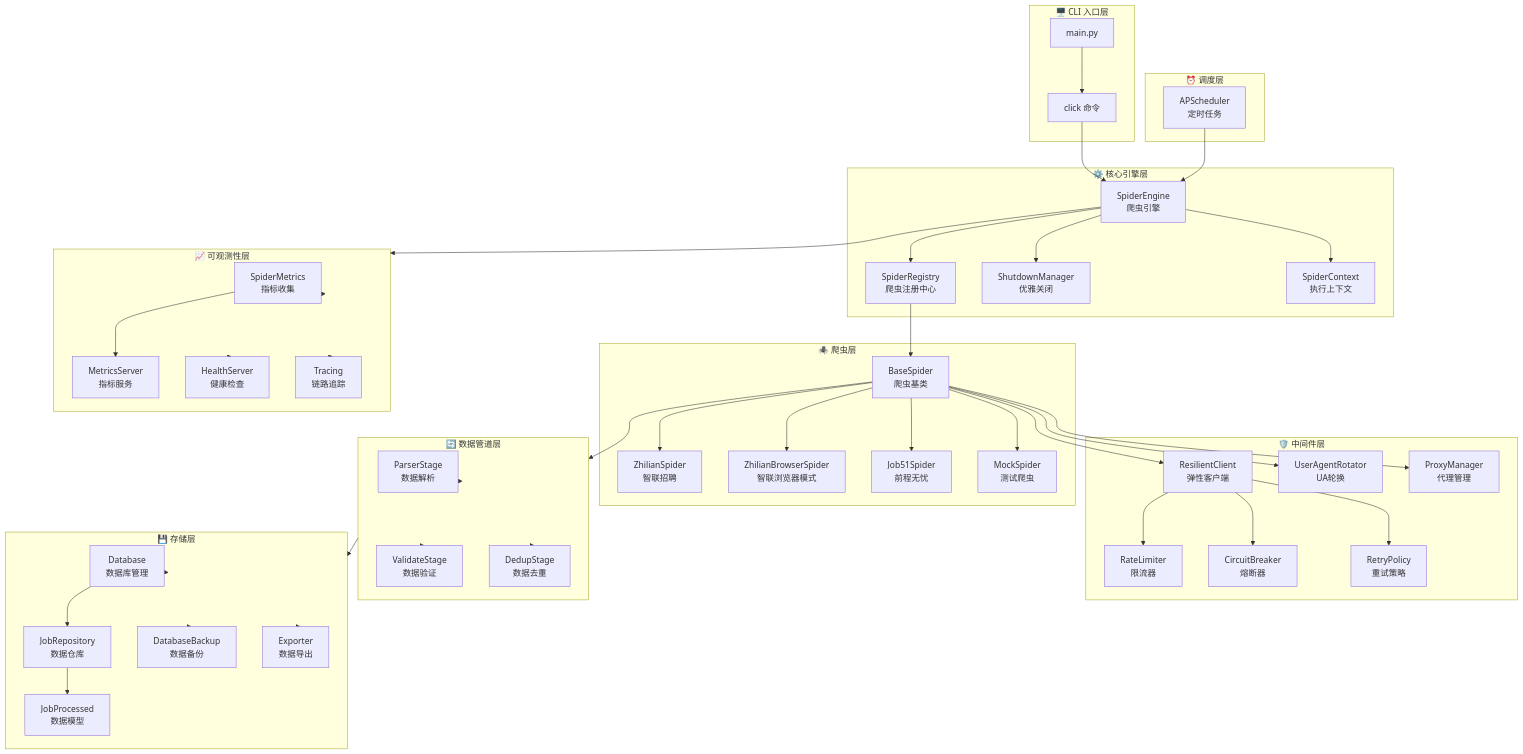
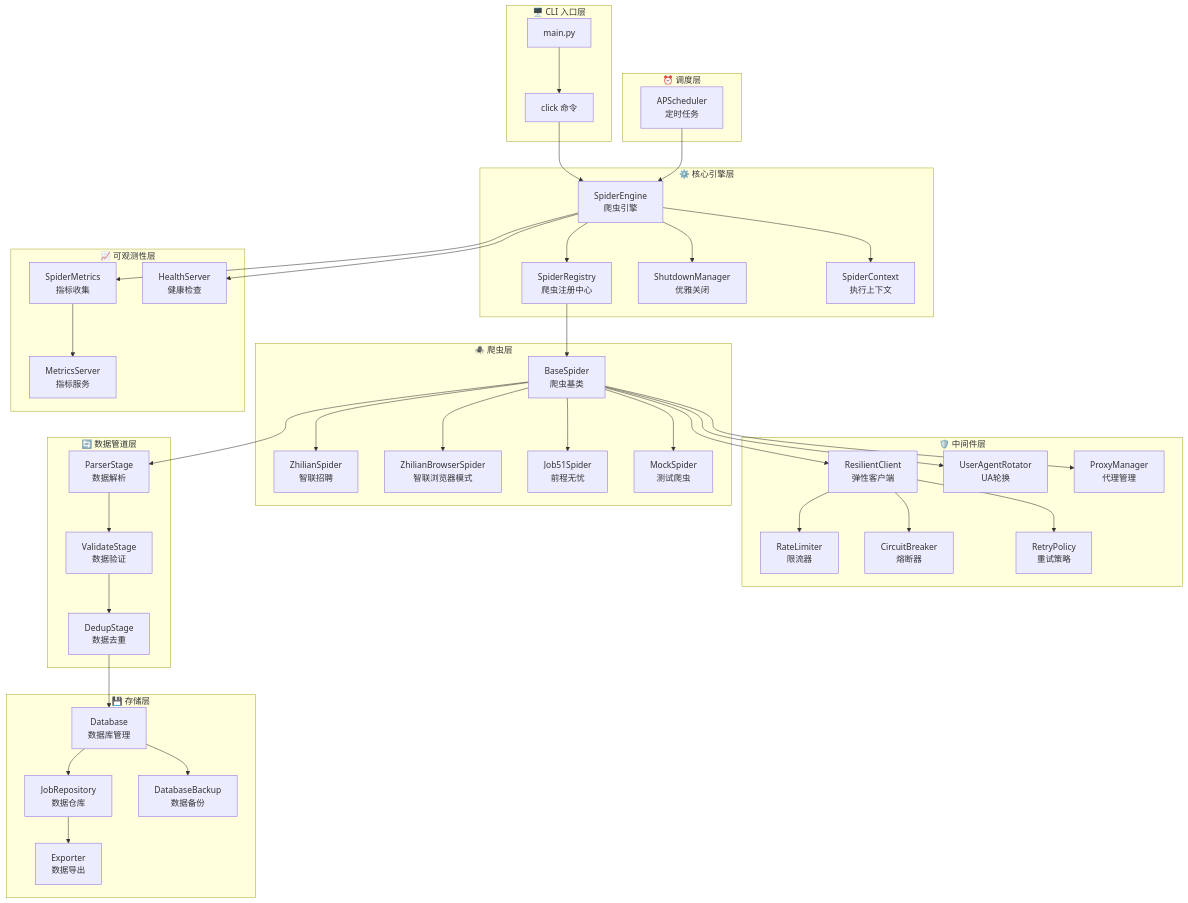
One commit to afine907/job-spider changed the first of 5 diagrams in README.md. Above: the diagram before and after it, drawn with Mermaid. The commit also changed other lines of this file, not shown here.

First line of the commit message:
fix: 修复 Mermaid 流程图语法和逻辑问题

````diff
--- a/README.md
+++ b/README.md
@@ -56,7 +56,6 @@
     subgraph STORAGE["💾 存储层"]
         DB[Database<br/>数据库管理]
         REPO[JobRepository<br/>数据仓库]
-        MODELS[JobProcessed<br/>数据模型]
         BACKUP[DatabaseBackup<br/>数据备份]
         EXPORTER[Exporter<br/>数据导出]
     end
@@ -65,7 +64,6 @@
         METRICS[SpiderMetrics<br/>指标收集]
         METRICS_SVR[MetricsServer<br/>指标服务]
         HEALTH[HealthServer<br/>健康检查]
-        TRACING[Tracing<br/>链路追踪]
     end
 
     subgraph SCHED["⏰ 调度层"]
@@ -91,23 +89,18 @@
     BASE --> UA
     BASE --> PROXY
 
-    BASE --> PIPELINE
-    PIPELINE --> PARSER
-    PIPELINE --> VALIDATOR
-    PIPELINE --> DEDUPER
+    BASE --> PARSER
+    PARSER --> VALIDATOR
+    VALIDATOR --> DEDUPER
+    DEDUPER --> DB
 
-    PIPELINE --> STORAGE
-    STORAGE --> DB
     DB --> REPO
-    REPO --> MODELS
-    STORAGE --> BACKUP
-    STORAGE --> EXPORTER
+    DB --> BACKUP
+    REPO --> EXPORTER
 
-    ENGINE --> OBS
-    OBS --> METRICS
+    ENGINE --> METRICS
     METRICS --> METRICS_SVR
-    OBS --> HEALTH
-    OBS --> TRACING
+    ENGINE --> HEALTH
 
     SCHEDULER --> ENGINE
 ```
````
